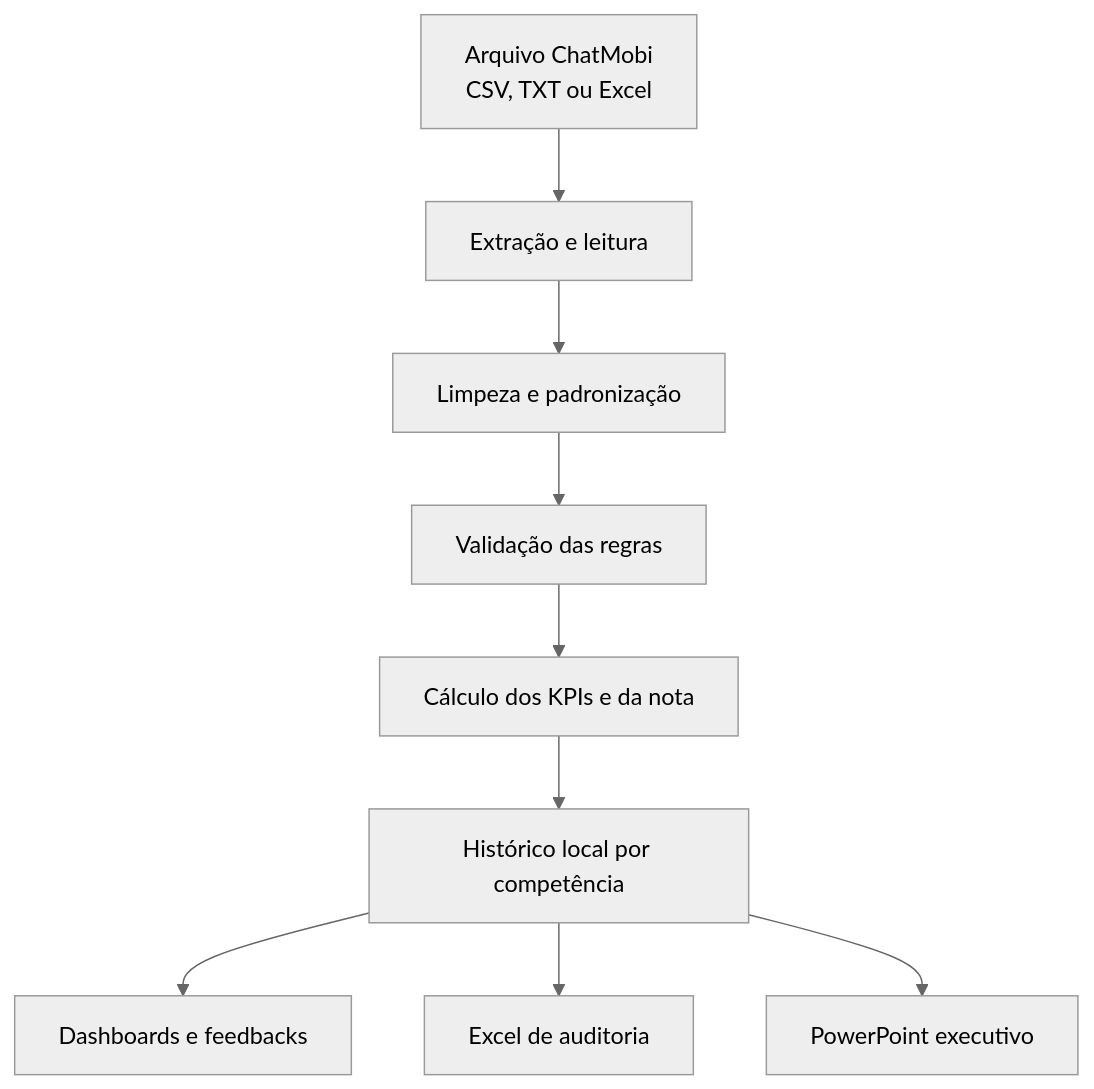
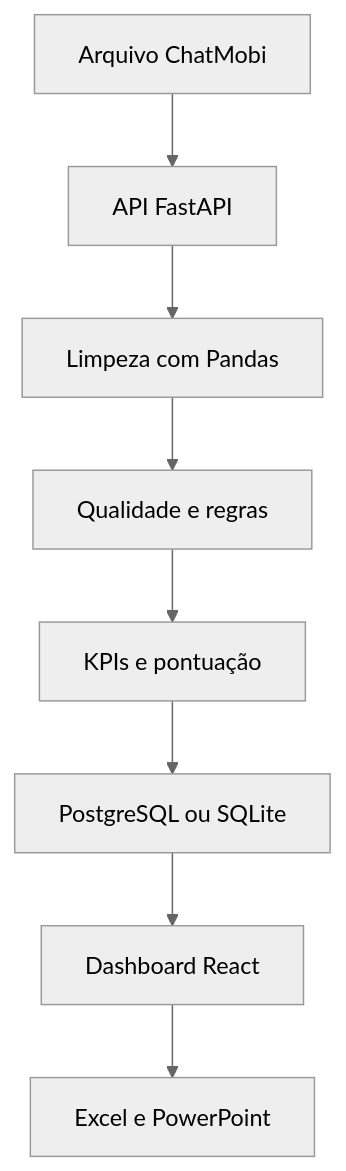
One commit to Pedroferreira32/support-performance-analytics changed the diagram in README.md. Above: the diagram before and after it, drawn with Mermaid (neutral theme). The commit also changed other lines of this file and 28 other files, not shown here.

Commit message:
Adiciona pipeline Pandas e histórico central

````diff
--- a/README.md
+++ b/README.md
@@ -31,11 +31,10 @@
 ```mermaid
 flowchart TD
-    A["Arquivo ChatMobi<br/>CSV, TXT ou Excel"] --> B["Extração e leitura"]
-    B --> C["Limpeza e padronização"]
-    C --> D["Validação das regras"]
-    D --> E["Cálculo dos KPIs e da nota"]
-    E --> F["Histórico local por competência"]
-    F --> G["Dashboards e feedbacks"]
-    F --> H["Excel de auditoria"]
-    F --> I["PowerPoint executivo"]
+    A["Arquivo ChatMobi"] --> B["API FastAPI"]
+    B --> C["Limpeza com Pandas"]
+    C --> D["Qualidade e regras"]
+    D --> E["KPIs e pontuação"]
+    E --> F["PostgreSQL ou SQLite"]
+    F --> G["Dashboard React"]
+    G --> H["Excel e PowerPoint"]
 ```
````
